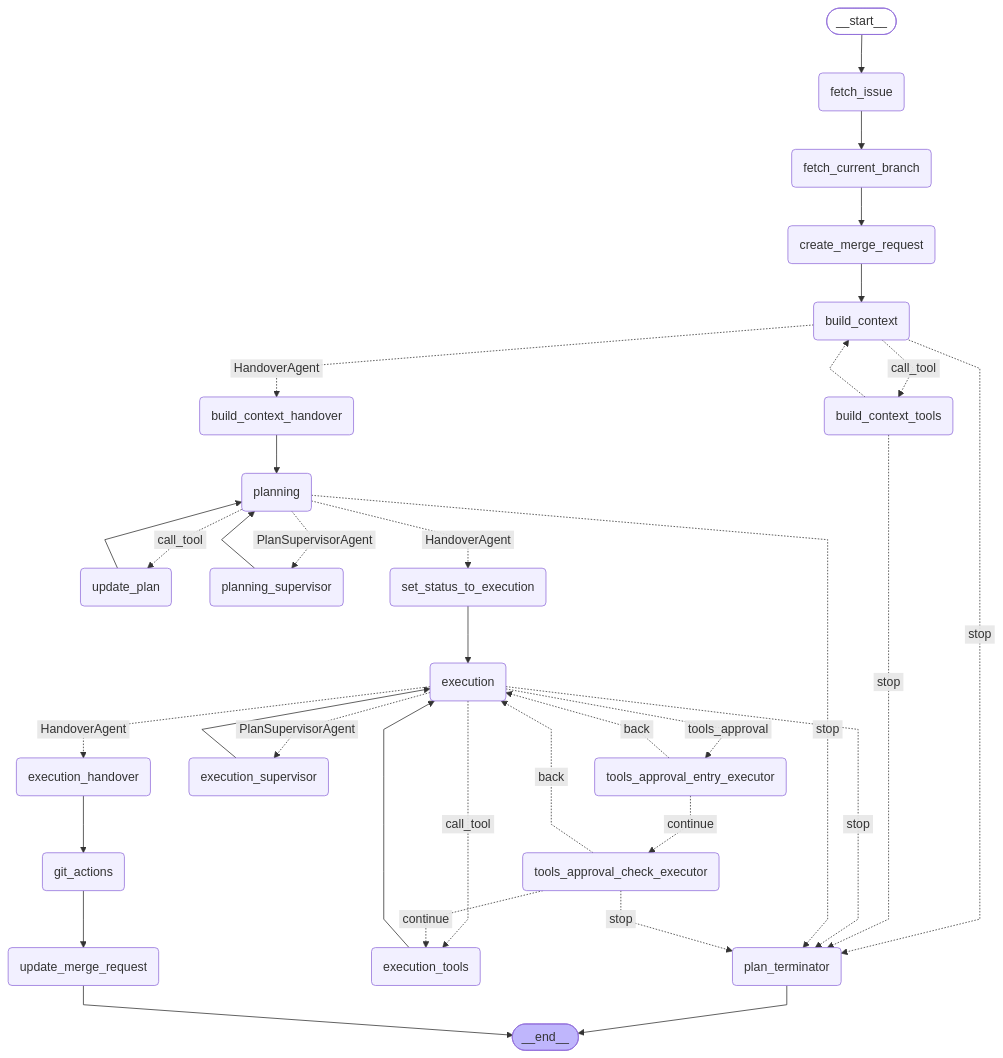
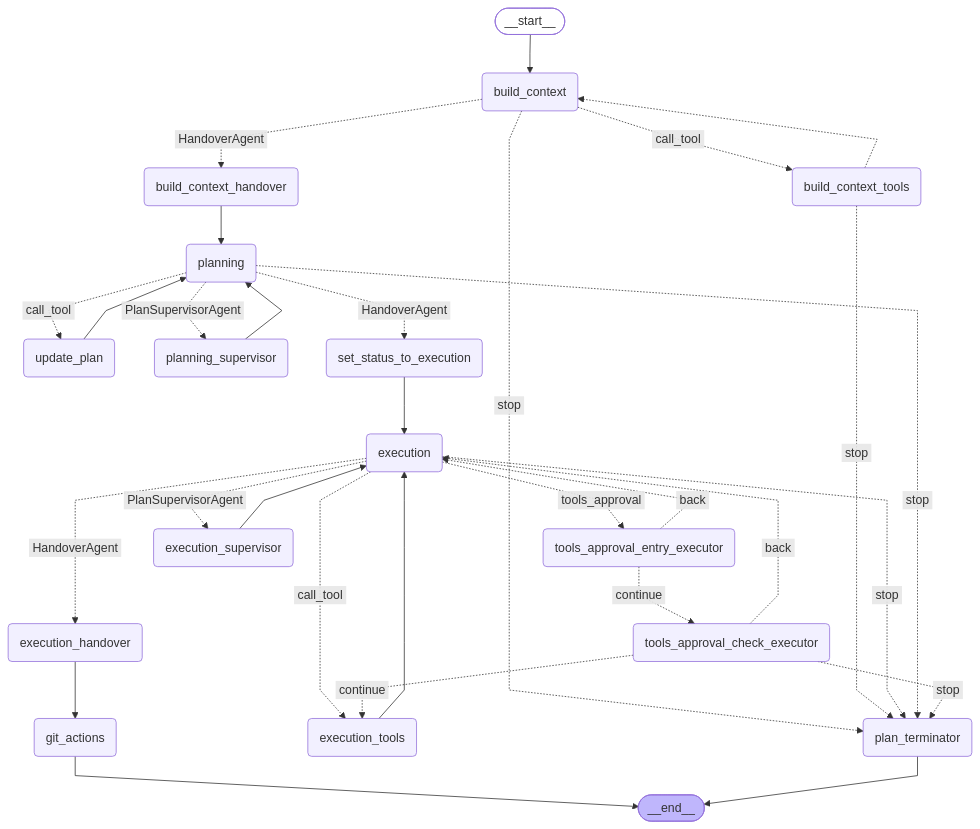
The fifth of 5 diagrams in docs/duo_workflow_service_graphs.md (flyisland/ai-gateway), drawn with Mermaid before and after one commit. The commit also changed 5 other files, not shown here.

Commit message:
chore: Create merge request with agent

````diff
--- a/docs/duo_workflow_service_graphs.md
+++ b/docs/duo_workflow_service_graphs.md
@@ -171,65 +171,57 @@
 ```mermaid
 ---
 config:
   flowchart:
     curve: linear
 ---
 graph TD;
     __start__([<p>__start__</p>]):::first
-    fetch_issue(fetch_issue)
-    fetch_current_branch(fetch_current_branch)
-    create_merge_request(create_merge_request)
     build_context(build_context)
     build_context_tools(build_context_tools)
     build_context_handover(build_context_handover)
     planning(planning)
     update_plan(update_plan)
     planning_supervisor(planning_supervisor)
     plan_terminator(plan_terminator)
     set_status_to_execution(set_status_to_execution)
     execution(execution)
     tools_approval_entry_executor(tools_approval_entry_executor)
     tools_approval_check_executor(tools_approval_check_executor)
     execution_tools(execution_tools)
     execution_supervisor(execution_supervisor)
     execution_handover(execution_handover)
     git_actions(git_actions)
-    update_merge_request(update_merge_request)
     __end__([<p>__end__</p>]):::last
-    __start__ --> fetch_issue;
+    __start__ --> build_context;
     build_context -. &nbsp;HandoverAgent&nbsp; .-> build_context_handover;
     build_context -. &nbsp;call_tool&nbsp; .-> build_context_tools;
     build_context -. &nbsp;stop&nbsp; .-> plan_terminator;
     build_context_handover --> planning;
     build_context_tools -.-> build_context;
     build_context_tools -. &nbsp;stop&nbsp; .-> plan_terminator;
-    create_merge_request --> build_context;
     execution -. &nbsp;HandoverAgent&nbsp; .-> execution_handover;
     execution -. &nbsp;PlanSupervisorAgent&nbsp; .-> execution_supervisor;
     execution -. &nbsp;call_tool&nbsp; .-> execution_tools;
     execution -. &nbsp;stop&nbsp; .-> plan_terminator;
     execution -. &nbsp;tools_approval&nbsp; .-> tools_approval_entry_executor;
     execution_handover --> git_actions;
     execution_supervisor --> execution;
     execution_tools --> execution;
-    fetch_current_branch --> create_merge_request;
-    fetch_issue --> fetch_current_branch;
-    git_actions --> update_merge_request;
     planning -. &nbsp;stop&nbsp; .-> plan_terminator;
     planning -. &nbsp;PlanSupervisorAgent&nbsp; .-> planning_supervisor;
     planning -. &nbsp;HandoverAgent&nbsp; .-> set_status_to_execution;
     planning -. &nbsp;call_tool&nbsp; .-> update_plan;
     planning_supervisor --> planning;
     set_status_to_execution --> execution;
     tools_approval_check_executor -. &nbsp;back&nbsp; .-> execution;
     tools_approval_check_executor -. &nbsp;continue&nbsp; .-> execution_tools;
     tools_approval_check_executor -. &nbsp;stop&nbsp; .-> plan_terminator;
     tools_approval_entry_executor -. &nbsp;back&nbsp; .-> execution;
     tools_approval_entry_executor -. &nbsp;continue&nbsp; .-> tools_approval_check_executor;
     update_plan --> planning;
+    git_actions --> __end__;
     plan_terminator --> __end__;
-    update_merge_request --> __end__;
     classDef default fill:#f2f0ff,line-height:1.2
     classDef first fill-opacity:0
     classDef last fill:#bfb6fc
 ```
````
